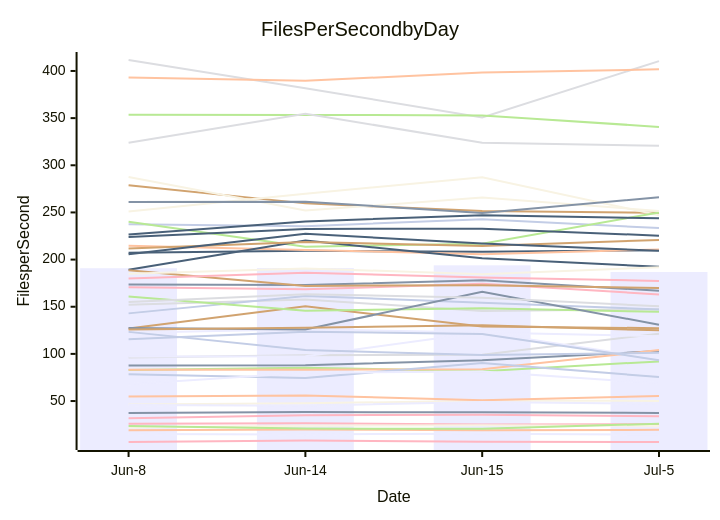
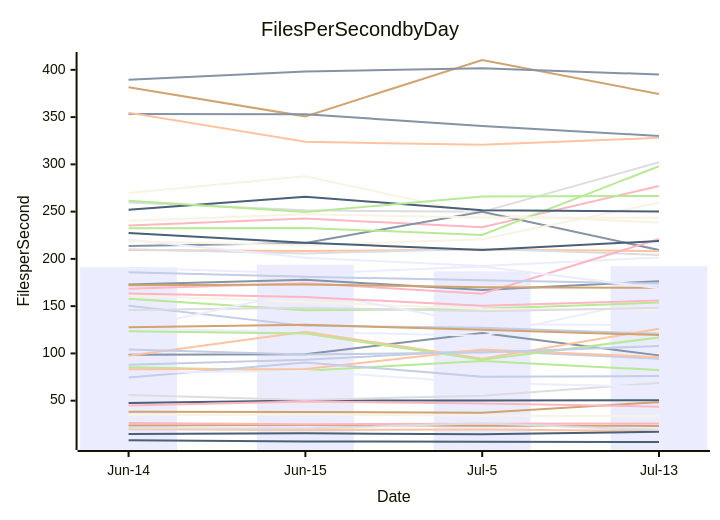
The diagram in perf-report.md (kenji-miyake/cspell), drawn with Mermaid before and after one commit. The commit also changed other lines of this file and 2 other files, not shown here.

````diff
--- a/perf-report.md
+++ b/perf-report.md
@@ -11,57 +11,57 @@
 ```mermaid
 xychart-beta
     title Files Per Second by Day
     y-axis Files per Second
-    x-axis Date [Jun-8, Jun-14, Jun-15, Jul-5]
-    bar [190.81, 191.12, 193.90, 186.85]
-    line [87.60, 88.07, 93.31, 102.97]
-    line [19.01, 19.91, 18.97, 19.46]
-    line [96.25, 98.55, 99.04, 121.46]
-    line [83.02, 85.34, 81.59, 92.06]
-    line [278.90, 259.60, 251.39, 249.74]
-    line [237.41, 235.41, 242.68, 233.42]
-    line [6.70, 8.24, 6.81, 6.57]
-    line [207.37, 209.33, 208.22, 209.98]
-    line [251.08, 269.77, 287.34, 247.09]
-    line [122.50, 126.17, 122.75, 118.72]
-    line [37.33, 38.26, 38.06, 37.33]
-    line [214.78, 210.20, 205.78, 210.72]
-    line [151.99, 157.77, 145.55, 147.25]
-    line [240.01, 213.64, 216.83, 249.94]
-    line [126.80, 150.40, 129.14, 127.24]
-    line [142.96, 161.35, 154.33, 147.06]
-    line [25.84, 26.48, 25.01, 25.58]
-    line [189.21, 220.12, 201.30, 192.47]
-    line [21.85, 23.82, 24.25, 23.61]
-    line [15.02, 14.65, 15.42, 14.44]
-    line [173.63, 173.03, 177.99, 166.99]
-    line [83.05, 83.17, 83.60, 104.04]
-    line [411.63, 381.64, 350.78, 410.40]
-    line [160.74, 145.81, 148.34, 144.57]
-    line [211.77, 218.65, 214.39, 220.82]
-    line [78.36, 74.53, 90.33, 75.44]
-    line [170.78, 168.46, 174.35, 163.07]
-    line [224.05, 232.54, 232.69, 225.39]
-    line [46.28, 47.54, 50.24, 50.17]
-    line [97.18, 97.48, 122.92, 94.49]
-    line [127.50, 125.76, 165.92, 130.91]
-    line [54.91, 55.98, 50.73, 55.28]
-    line [155.04, 163.34, 159.60, 150.47]
-    line [353.54, 353.38, 352.89, 340.70]
-    line [188.61, 172.10, 172.90, 169.94]
-    line [115.54, 123.50, 121.07, 93.33]
-    line [179.92, 185.95, 181.08, 177.29]
-    line [226.60, 240.44, 247.10, 243.88]
-    line [287.65, 251.95, 265.72, 251.57]
-    line [67.74, 79.92, 81.44, 68.91]
-    line [261.13, 261.42, 249.50, 266.02]
-    line [392.96, 389.62, 398.36, 401.72]
-    line [323.78, 354.69, 323.95, 320.66]
-    line [23.44, 20.77, 20.56, 26.00]
-    line [125.89, 127.61, 130.38, 124.96]
-    line [123.34, 104.15, 98.74, 101.09]
-    line [31.73, 34.98, 35.43, 33.94]
-    line [205.74, 227.27, 217.03, 209.38]
-    line [184.92, 190.66, 184.43, 191.84]
-    line [45.74, 44.93, 49.08, 47.14]
+    x-axis Date [Jun-14, Jun-15, Jul-5, Jul-13]
+    bar [191.12, 193.90, 186.85, 192.31]
+    line [98.55, 99.04, 121.46, 97.93]
+    line [19.91, 18.97, 19.46, 17.82]
+    line [259.60, 251.39, 249.74, 302.24]
+    line [85.34, 81.59, 92.06, 82.41]
+    line [38.26, 38.06, 37.33, 48.47]
+    line [88.07, 93.31, 102.97, 94.47]
+    line [235.41, 242.68, 233.42, 277.07]
+    line [8.24, 6.81, 6.57, 6.29]
+    line [269.77, 287.34, 247.09, 238.39]
+    line [126.17, 122.75, 118.72, 158.48]
+    line [213.64, 216.83, 249.94, 209.39]
+    line [209.33, 208.22, 209.98, 208.19]
+    line [210.20, 205.78, 210.72, 204.20]
+    line [157.77, 145.55, 147.25, 153.81]
+    line [23.82, 24.25, 23.61, 23.34]
+    line [150.40, 129.14, 127.24, 120.84]
+    line [26.48, 25.01, 25.58, 25.88]
+    line [14.65, 15.42, 14.44, 17.18]
+    line [161.35, 154.33, 147.06, 146.76]
+    line [220.12, 201.30, 192.47, 201.45]
+    line [173.03, 177.99, 166.99, 176.39]
+    line [83.17, 83.60, 104.04, 96.02]
+    line [145.81, 148.34, 144.57, 148.29]
+    line [232.54, 232.69, 225.39, 298.01]
+    line [381.64, 350.78, 410.40, 374.43]
+    line [74.53, 90.33, 75.44, 76.00]
+    line [168.46, 174.35, 163.07, 221.06]
+    line [47.54, 50.24, 50.17, 50.42]
+    line [218.65, 214.39, 220.82, 259.46]
+    line [125.76, 165.92, 130.91, 129.95]
+    line [353.38, 352.89, 340.70, 330.04]
+    line [97.48, 122.92, 94.49, 126.09]
+    line [55.98, 50.73, 55.28, 68.71]
+    line [123.50, 121.07, 93.33, 116.87]
+    line [172.10, 172.90, 169.94, 169.41]
+    line [185.95, 181.08, 177.29, 174.01]
+    line [163.34, 159.60, 150.47, 155.87]
+    line [251.95, 265.72, 251.57, 250.26]
+    line [240.44, 247.10, 243.88, 243.47]
+    line [79.92, 81.44, 68.91, 64.41]
+    line [389.62, 398.36, 401.72, 395.07]
+    line [354.69, 323.95, 320.66, 328.06]
+    line [20.77, 20.56, 26.00, 18.90]
+    line [261.42, 249.50, 266.02, 266.63]
+    line [127.61, 130.38, 124.96, 119.39]
+    line [104.15, 98.74, 101.09, 107.84]
+    line [44.93, 49.08, 47.14, 43.65]
+    line [227.27, 217.03, 209.38, 218.96]
+    line [34.98, 35.43, 33.94, 33.78]
+    line [190.66, 184.43, 191.84, 169.05]
 ```
````
